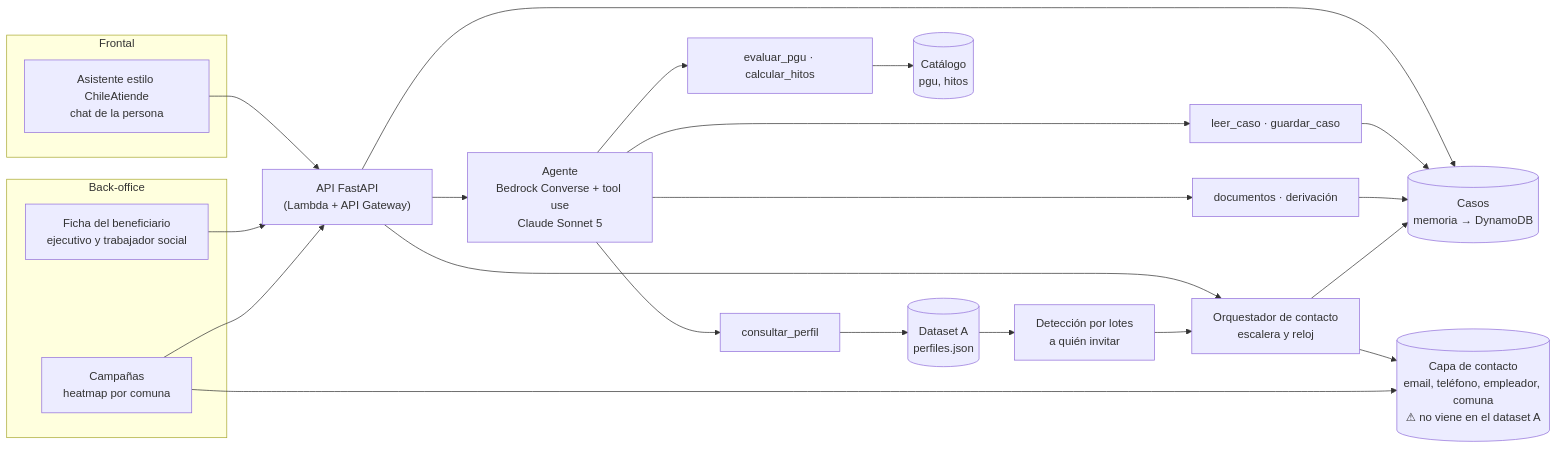
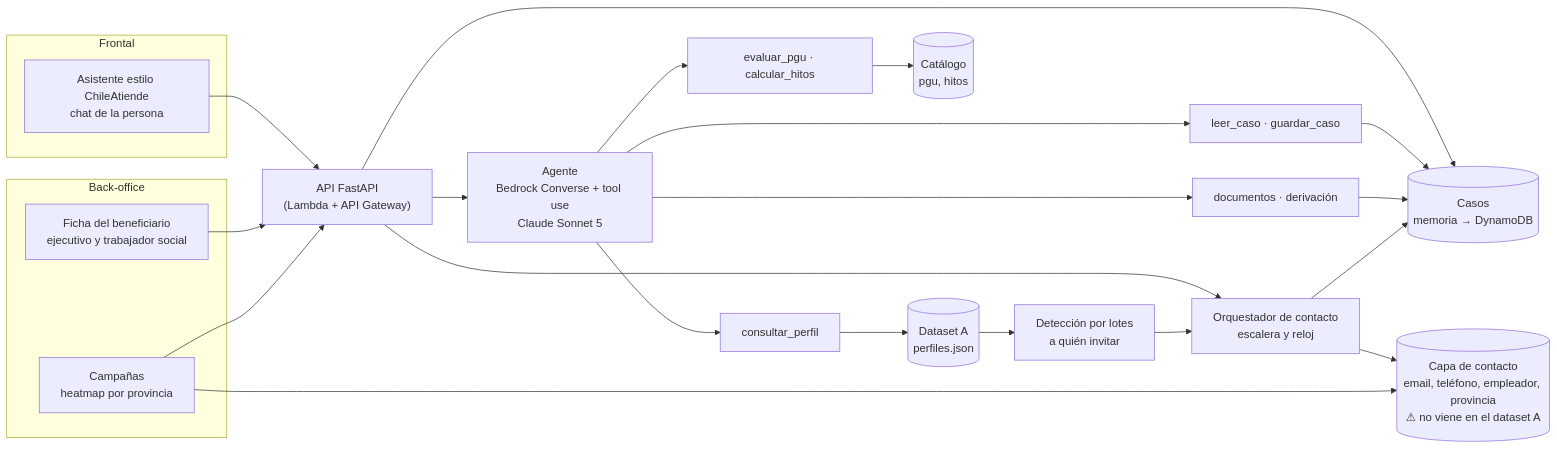
One commit to brunoponcem/hackaton-aws changed the second of 2 diagrams in 20-arquitectura/arquitectura-chileatiende.md. Above: the diagram before and after it, drawn with Mermaid. The commit also changed other lines of this file and 10 other files, not shown here.

````diff
--- a/20-arquitectura/arquitectura-chileatiende.md
+++ b/20-arquitectura/arquitectura-chileatiende.md
@@ -29,29 +29,29 @@
 ```mermaid
 flowchart LR
   subgraph Frontal
     P["Asistente estilo ChileAtiende<br/>chat de la persona"]
   end
   subgraph BackOffice["Back-office"]
     E["Ficha del beneficiario<br/>ejecutivo y trabajador social"]
-    M["Campañas<br/>heatmap por comuna"]
+    M["Campañas<br/>heatmap por provincia"]
   end
   P --> API
   E --> API
   M --> API
   API["API FastAPI<br/>(Lambda + API Gateway)"] --> AG["Agente<br/>Bedrock Converse + tool use<br/>Claude Sonnet 5"]
   API --> CT["Orquestador de contacto<br/>escalera y reloj"]
   API --> DB[("Casos<br/>memoria → DynamoDB")]
   AG --> TP["consultar_perfil"]
   AG --> TR["evaluar_pgu · calcular_hitos"]
   AG --> TD["documentos · derivación"]
   AG --> TC["leer_caso · guardar_caso"]
   TP --> DS[("Dataset A<br/>perfiles.json")]
   TR --> CAT[("Catálogo<br/>pgu, hitos")]
   TC --> DB
   TD --> DB
   CT --> DB
-  CT --> CX[("Capa de contacto<br/>email, teléfono, empleador, comuna<br/>⚠ no viene en el dataset A")]
+  CT --> CX[("Capa de contacto<br/>email, teléfono, empleador, provincia<br/>⚠ no viene en el dataset A")]
   M --> CX
   DET["Detección por lotes<br/>a quién invitar"] --> CT
   DS --> DET
 ```
````
